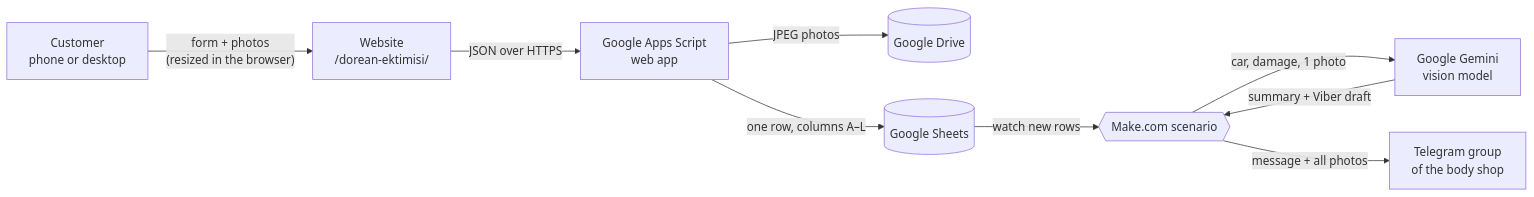
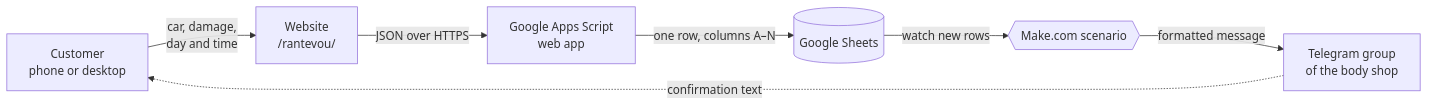
Before and after one commit to kallistratis/kapageridis-autobody-site: the first of 3 diagrams in README.md, drawn with Mermaid. The commit also changed other lines of this file and 27 other files, not shown here.

````diff
--- a/README.md
+++ b/README.md
@@ -59,11 +61,9 @@
 ```mermaid
 flowchart LR
-  A["Customer<br/>phone or desktop"] -->|"form + photos<br/>(resized in the browser)"| B["Website<br/>/dorean-ektimisi/"]
+  A["Customer<br/>phone or desktop"] -->|"car, damage,<br/>day and time"| B["Website<br/>/rantevou/"]
   B -->|JSON over HTTPS| C["Google Apps Script<br/>web app"]
-  C -->|JPEG photos| D[("Google Drive")]
-  C -->|"one row, columns A–L"| E[("Google Sheets")]
+  C -->|"one row, columns A–N"| E[("Google Sheets")]
   E -->|watch new rows| F{{"Make.com scenario"}}
-  F -->|"car, damage, 1 photo"| G["Google Gemini<br/>vision model"]
-  G -->|"summary + Viber draft"| F
-  F -->|"message + all photos"| H["Telegram group<br/>of the body shop"]
+  F -->|"formatted message"| H["Telegram group<br/>of the body shop"]
+  H -.->|"confirmation text"| A
 ```
````
